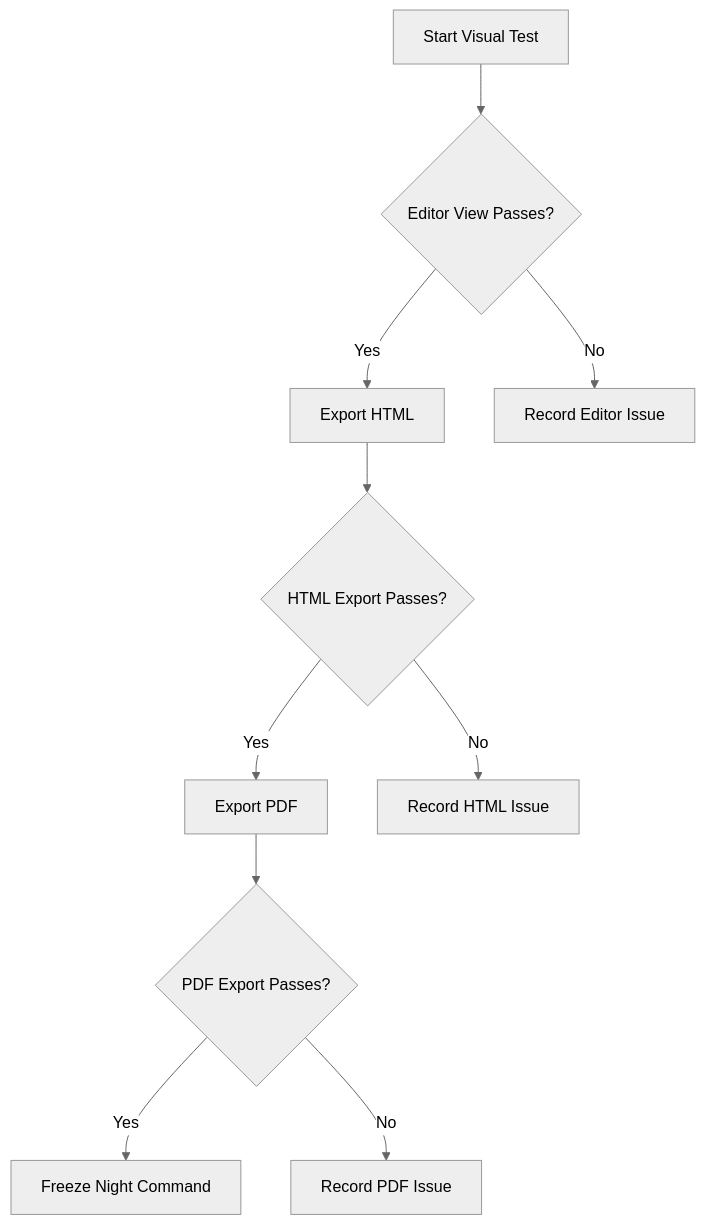
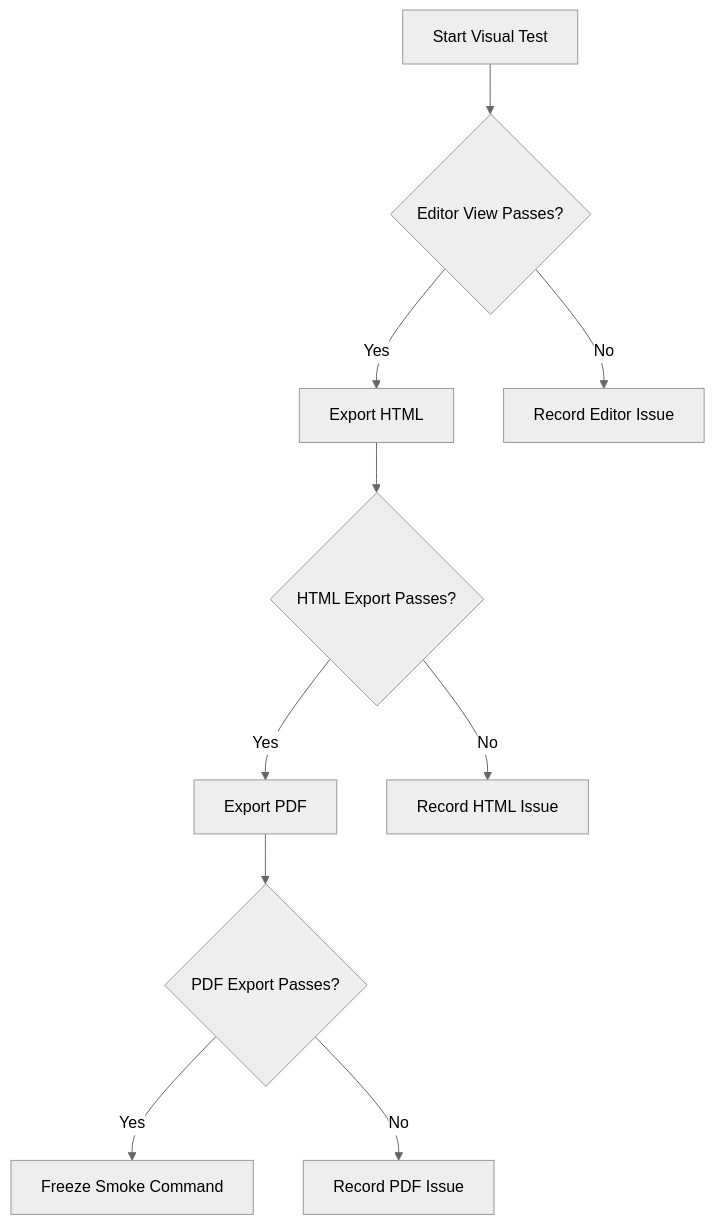
One commit to KB4ptiste/Typora-Themes changed the diagram in docs/smoke-command-visual-smoke-test.md. Above: the diagram before and after it, drawn with Mermaid (neutral theme). The commit also changed other lines of this file, not shown here.

Commit message:
docs: remove night command from the markdown

````diff
--- a/docs/smoke-command-visual-smoke-test.md
+++ b/docs/smoke-command-visual-smoke-test.md
@@ -192,12 +192,12 @@
 ```mermaid
 flowchart TD
   A[Start Visual Test] --> B{Editor View Passes?}
   B -- Yes --> C[Export HTML]
   B -- No --> D[Record Editor Issue]
   C --> E{HTML Export Passes?}
   E -- Yes --> F[Export PDF]
   E -- No --> G[Record HTML Issue]
   F --> H{PDF Export Passes?}
-  H -- Yes --> I[Freeze Night Command]
+  H -- Yes --> I[Freeze Smoke Command]
   H -- No --> J[Record PDF Issue]
 ```
````
